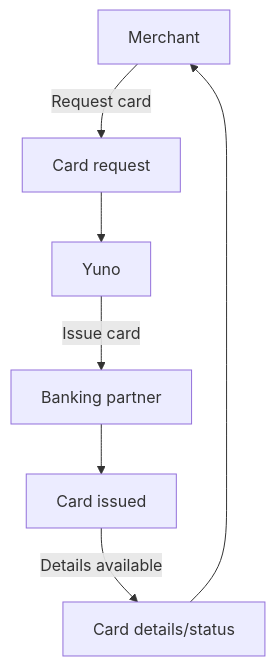
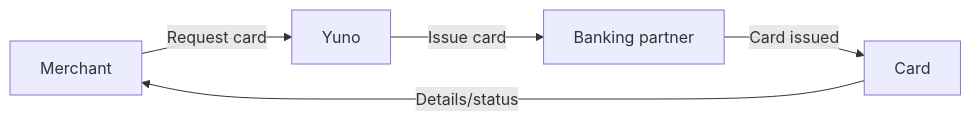
The third of 3 diagrams in docs/Additional Services/banking-as-a-service-baas.md (yuno-payments/yuno-docs), drawn with Mermaid before and after one commit. The commit also changed other lines of this file, not shown here.

Commit message:
Update doc `banking-as-a-service-baas`

````diff
--- a/docs/Additional Services/banking-as-a-service-baas.md
+++ b/docs/Additional Services/banking-as-a-service-baas.md
@@ -112,16 +101,7 @@
 ```mermaid
-flowchart TD
-  Merchant["Merchant"]
-  Yuno["Yuno"]
-  BankPartner["Banking partner"]
-  CardRequest["Card request"]
-  Card["Card issued"]
-  CardDetails["Card details/status"]
-
-  Merchant -->|"Request card"| CardRequest
-  CardRequest --> Yuno
-  Yuno -->|"Issue card"| BankPartner
-  BankPartner --> Card
-  Card -->|"Details available"| CardDetails
-  CardDetails --> Merchant
+flowchart LR
+  Merchant["Merchant"] -->|"Request card"| Yuno["Yuno"]
+  Yuno -->|"Issue card"| BankPartner["Banking partner"]
+  BankPartner -->|"Card issued"| Card["Card"]
+  Card -->|"Details/status"| Merchant
 ```
````
